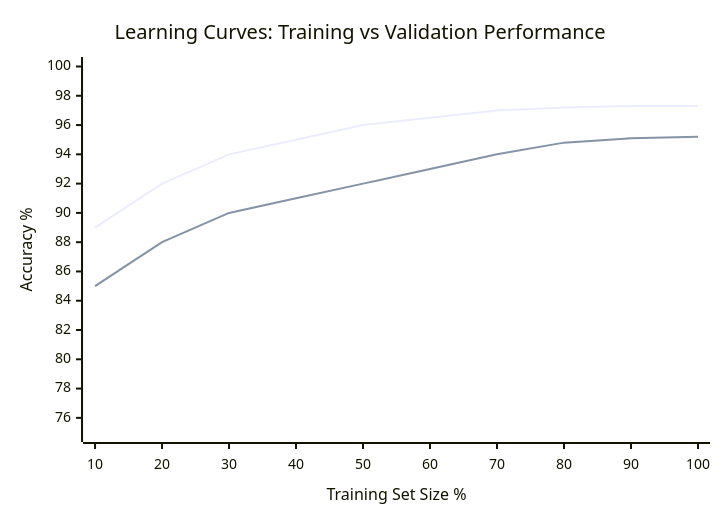
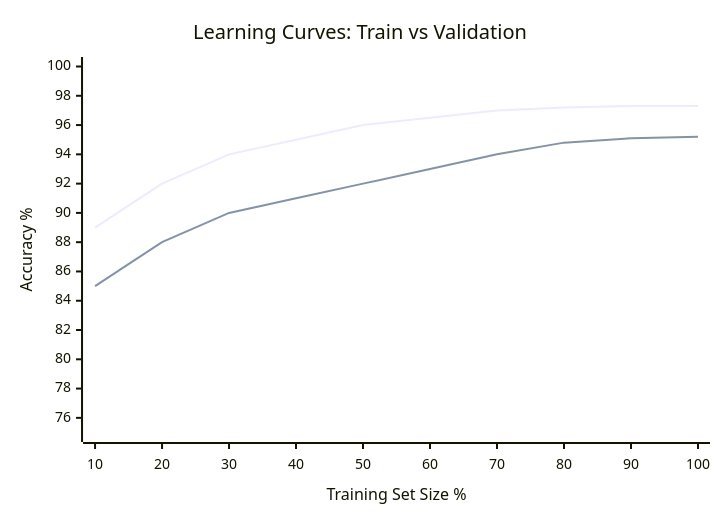
Diagram 16 of 23 in MODEL_ANALYSIS.md (nes10r/BigDataProject), drawn with Mermaid before and after one commit. The commit also changed other lines of this file, not shown here.

Commit message:
Improve chart readability: Shorten labels in xychart-beta diagrams and add performance summary tables

````diff
--- a/MODEL_ANALYSIS.md
+++ b/MODEL_ANALYSIS.md
@@ -488,9 +532,9 @@
 ```mermaid
 xychart-beta
-    title "Learning Curves: Training vs Validation Performance"
+    title "Learning Curves: Train vs Validation"
     x-axis "Training Set Size %" [10, 20, 30, 40, 50, 60, 70, 80, 90, 100]
     y-axis "Accuracy %" 75 --> 100
-    line "Training Accuracy" [89, 92, 94, 95, 96, 96.5, 97, 97.2, 97.3, 97.3]
-    line "Validation Accuracy" [85, 88, 90, 91, 92, 93, 94, 94.8, 95.1, 95.2]
+    line "Train Acc" [89, 92, 94, 95, 96, 96.5, 97, 97.2, 97.3, 97.3]
+    line "Valid Acc" [85, 88, 90, 91, 92, 93, 94, 94.8, 95.1, 95.2]
     line "Gap" [4, 4, 4, 4, 4, 3.5, 3, 2.4, 2.2, 2.1]
 ```
````
